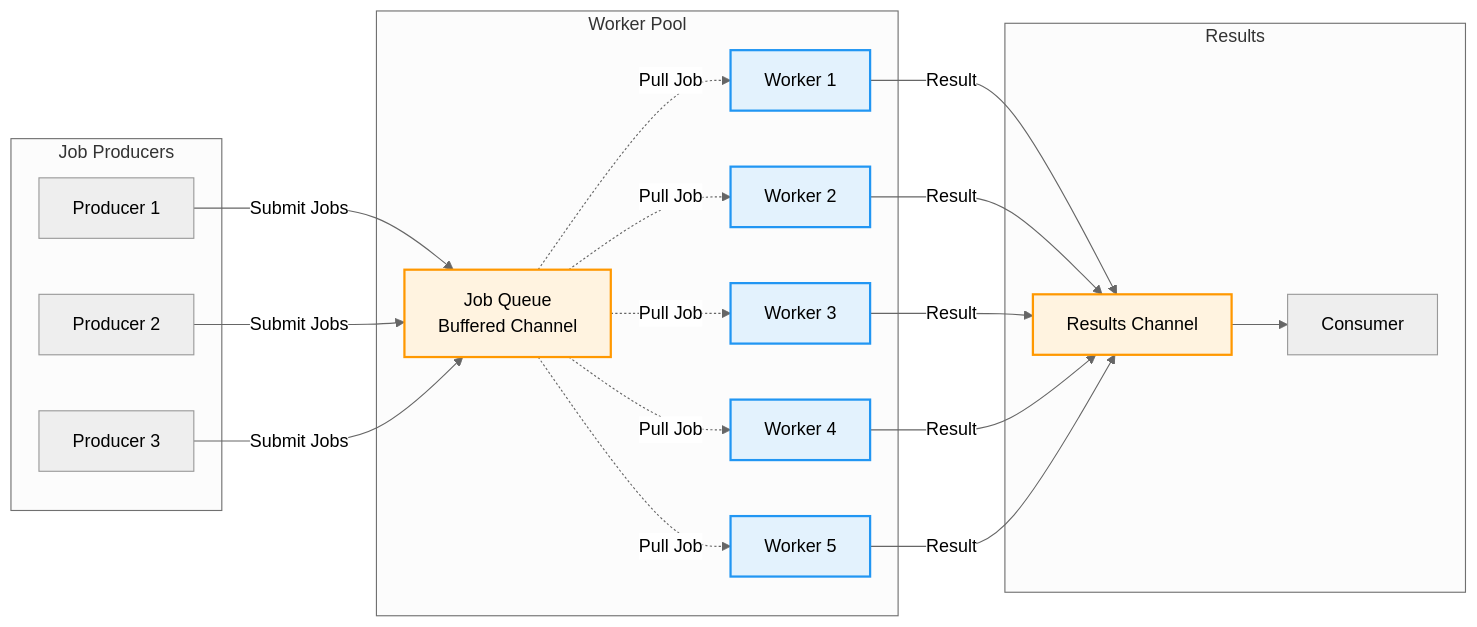
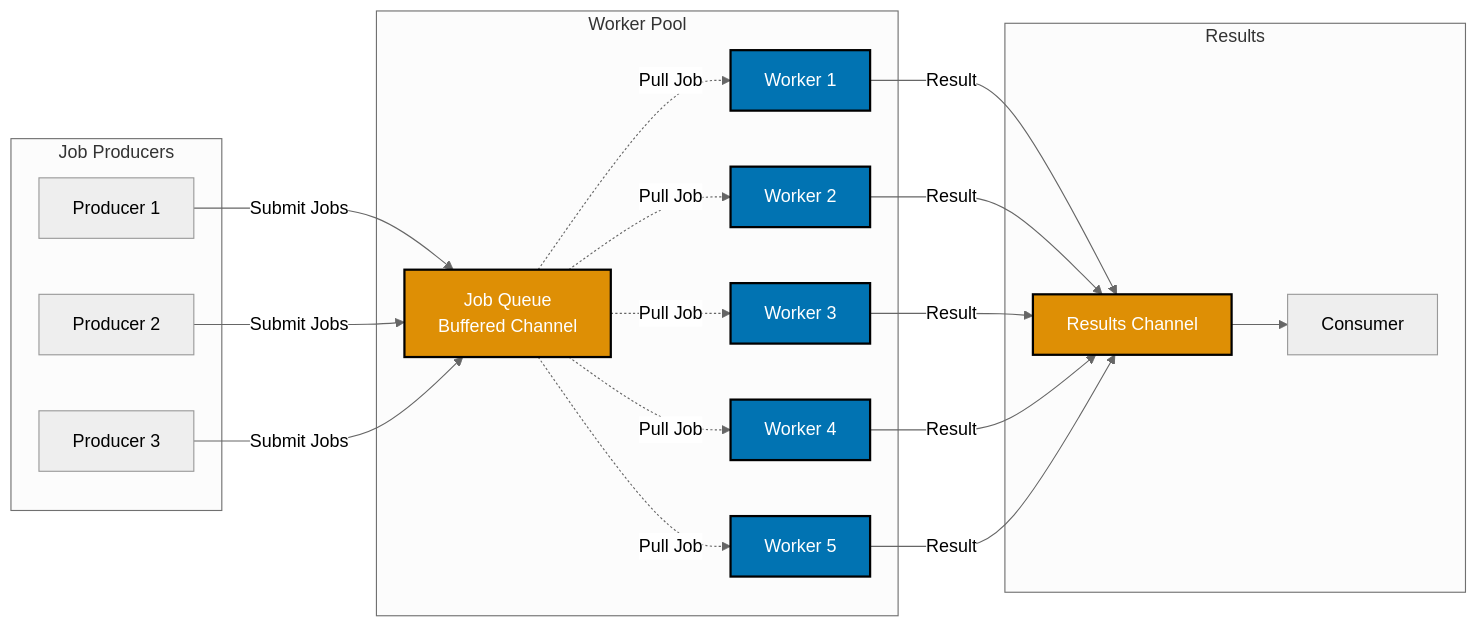
Before and after one commit to wahidyankf/open-sharia-enterprise: the second of 2 diagrams in docs/tutorials/software-engineering/programming-languages/golang/tu-soen-prla-gola__intermediate.md, drawn with Mermaid (neutral theme). The commit also changed other lines of this file and 22 other files, not shown here.

First line of the commit message:
docs(diagrams): ensure all mermaid diagrams use color-blind friendly palette

````diff
--- a/docs/tutorials/software-engineering/programming-languages/golang/tu-soen-prla-gola__intermediate.md
+++ b/docs/tutorials/software-engineering/programming-languages/golang/tu-soen-prla-gola__intermediate.md
@@ -197,48 +203,48 @@
 ```mermaid
 graph LR
     subgraph "Job Producers"
         P1[Producer 1]
         P2[Producer 2]
         P3[Producer 3]
     end
 
     subgraph "Worker Pool"
         Q[Job Queue<br/>Buffered Channel]
         W1[Worker 1]
         W2[Worker 2]
         W3[Worker 3]
         W4[Worker 4]
         W5[Worker 5]
     end
 
     subgraph "Results"
         R[Results Channel]
         C[Consumer]
     end
 
     P1 -->|Submit Jobs| Q
     P2 -->|Submit Jobs| Q
     P3 -->|Submit Jobs| Q
 
     Q -.->|Pull Job| W1
     Q -.->|Pull Job| W2
     Q -.->|Pull Job| W3
     Q -.->|Pull Job| W4
     Q -.->|Pull Job| W5
 
     W1 -->|Result| R
     W2 -->|Result| R
     W3 -->|Result| R
     W4 -->|Result| R
     W5 -->|Result| R
 
     R --> C
 
-    style Q fill:#FFF3E0,stroke:#FF9800,stroke-width:2px
-    style R fill:#FFF3E0,stroke:#FF9800,stroke-width:2px
-    style W1 fill:#E3F2FD,stroke:#2196F3,stroke-width:2px
-    style W2 fill:#E3F2FD,stroke:#2196F3,stroke-width:2px
-    style W3 fill:#E3F2FD,stroke:#2196F3,stroke-width:2px
-    style W4 fill:#E3F2FD,stroke:#2196F3,stroke-width:2px
-    style W5 fill:#E3F2FD,stroke:#2196F3,stroke-width:2px
+    style Q fill:#DE8F05,stroke:#000000,color:#FFFFFF,stroke-width:2px
+    style R fill:#DE8F05,stroke:#000000,color:#FFFFFF,stroke-width:2px
+    style W1 fill:#0173B2,stroke:#000000,color:#FFFFFF,stroke-width:2px
+    style W2 fill:#0173B2,stroke:#000000,color:#FFFFFF,stroke-width:2px
+    style W3 fill:#0173B2,stroke:#000000,color:#FFFFFF,stroke-width:2px
+    style W4 fill:#0173B2,stroke:#000000,color:#FFFFFF,stroke-width:2px
+    style W5 fill:#0173B2,stroke:#000000,color:#FFFFFF,stroke-width:2px
 ```
````
